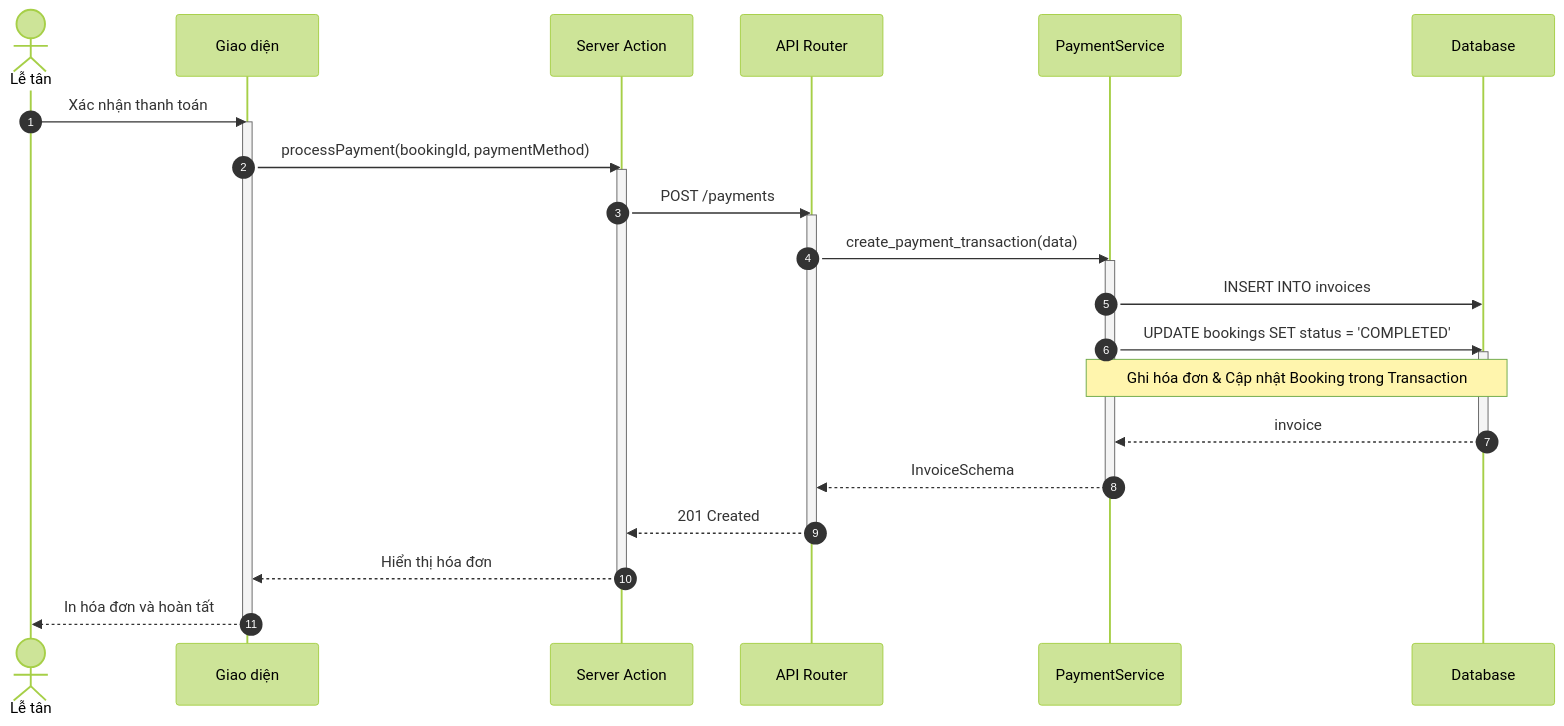
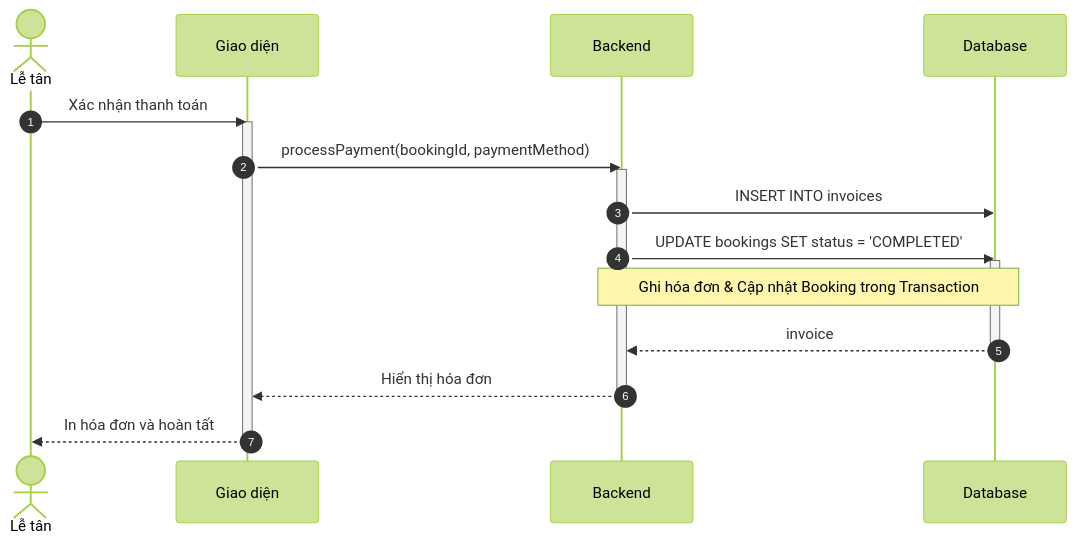
One commit to ngoctinn/Synapse changed the fifth of 8 diagrams in docs/design/sequences/receptionist_flows.md. Above: the diagram before and after it, drawn with Mermaid (forest theme). The commit also changed other lines of this file and 7 other files, not shown here.

Commit message:
docs: Add initial design documentation for authentication, user flows, and algorithm specification.

````diff
--- a/docs/design/sequences/receptionist_flows.md
+++ b/docs/design/sequences/receptionist_flows.md
@@ -255,40 +185,26 @@
 ```mermaid
 sequenceDiagram
     autonumber
     actor LT as Lễ tân
     participant UI as Giao diện
-    participant BFF as Server Action
-    participant API as API Router
-    participant S as PaymentService
+    participant BE as Backend
     participant DB as Database
 
     LT->>UI: Xác nhận thanh toán
     activate UI
-    UI->>BFF: processPayment(bookingId, paymentMethod)
-    activate BFF
+    UI->>BE: processPayment(bookingId, paymentMethod)
+    activate BE
 
-    BFF->>API: POST /payments
-    activate API
-
-    API->>S: create_payment_transaction(data)
-    activate S
-
-    S->>DB: INSERT INTO invoices
-    S->>DB: UPDATE bookings SET status = 'COMPLETED'
+    BE->>DB: INSERT INTO invoices
+    BE->>DB: UPDATE bookings SET status = 'COMPLETED'
     activate DB
-    Note over S,DB: Ghi hóa đơn & Cập nhật Booking trong Transaction
-    DB-->>S: invoice
+    Note over BE,DB: Ghi hóa đơn & Cập nhật Booking trong Transaction
+    DB-->>BE: invoice
     deactivate DB
 
-    S-->>API: InvoiceSchema
-    deactivate S
-
-    API-->>BFF: 201 Created
-    deactivate API
-
-    BFF-->>UI: Hiển thị hóa đơn
-    deactivate BFF
+    BE-->>UI: Hiển thị hóa đơn
+    deactivate BE
 
     UI-->>LT: In hóa đơn và hoàn tất
     deactivate UI
 ```
````
